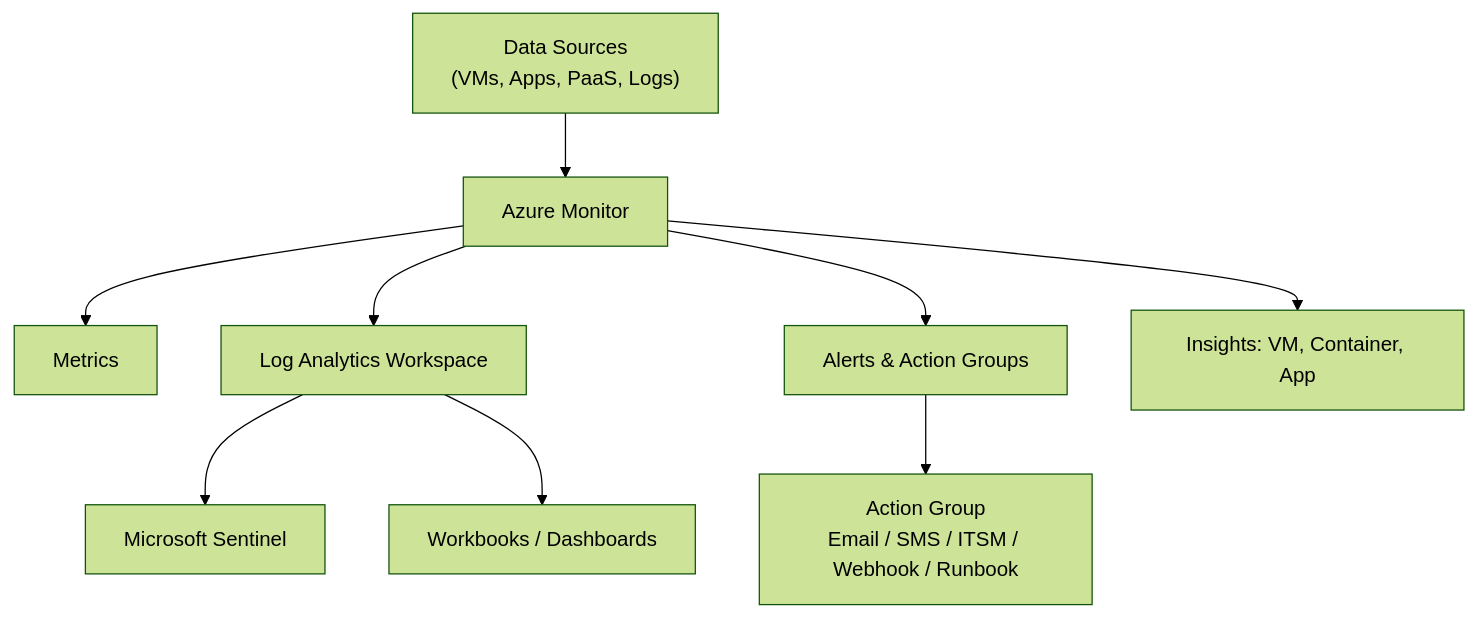
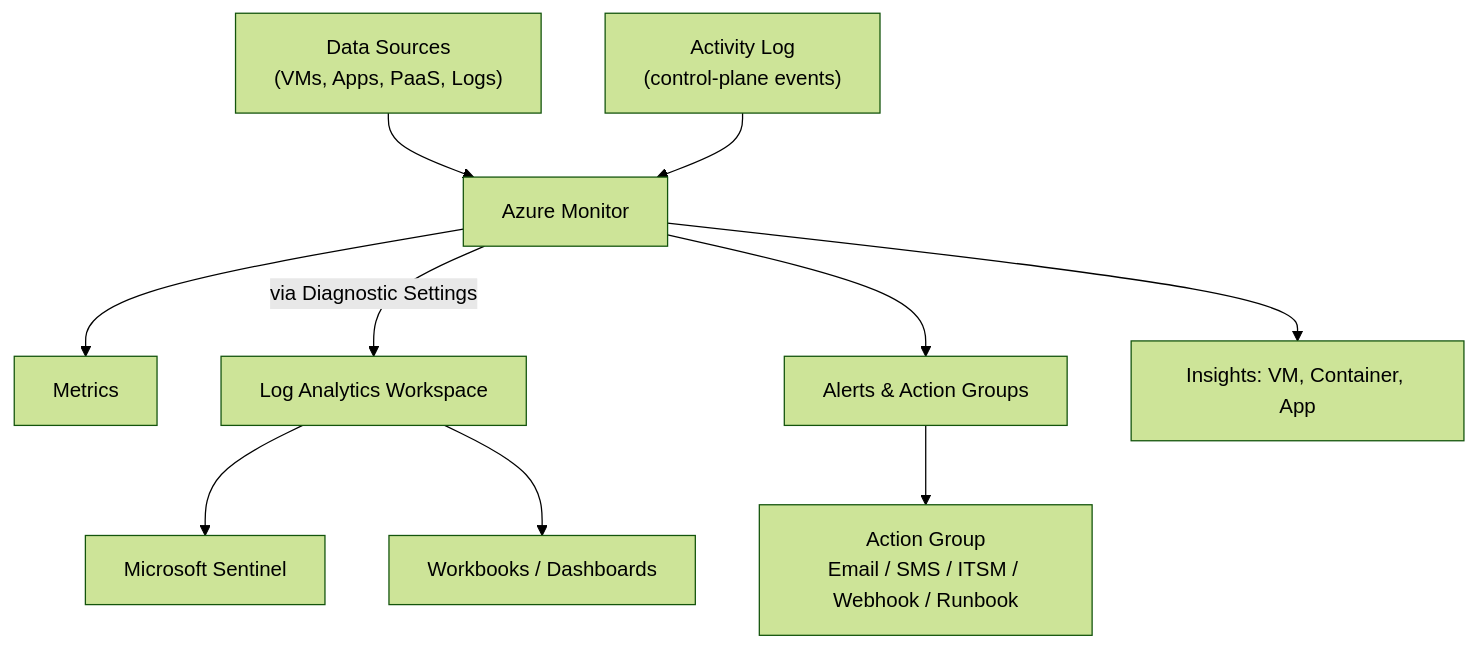
The seventh of 17 diagrams in docs/AZ-305_CheatSheet.md (DewaldOosthuizen/azure_cheat_sheets), drawn with Mermaid (forest theme) before and after one commit. The commit also changed other lines of this file and 2 other files, not shown here.

````diff
--- a/docs/AZ-305_CheatSheet.md
+++ b/docs/AZ-305_CheatSheet.md
@@ -506,11 +506,12 @@
 ```mermaid
 graph TD
     Sources["Data Sources\n(VMs, Apps, PaaS, Logs)"] --> Monitor[Azure Monitor]
+    ActivityLog["Activity Log\n(control-plane events)"] --> Monitor
     Monitor --> Metrics[Metrics]
-    Monitor --> Logs[Log Analytics Workspace]
+    Monitor -->|"via Diagnostic Settings"| Logs[Log Analytics Workspace]
     Monitor --> Alerts[Alerts & Action Groups]
     Monitor --> Insights[Insights: VM, Container, App]
     Logs --> Sentinel[Microsoft Sentinel]
     Logs --> Workbooks[Workbooks / Dashboards]
     Alerts --> AG[Action Group\nEmail / SMS / ITSM / Webhook / Runbook]
 ```
````
